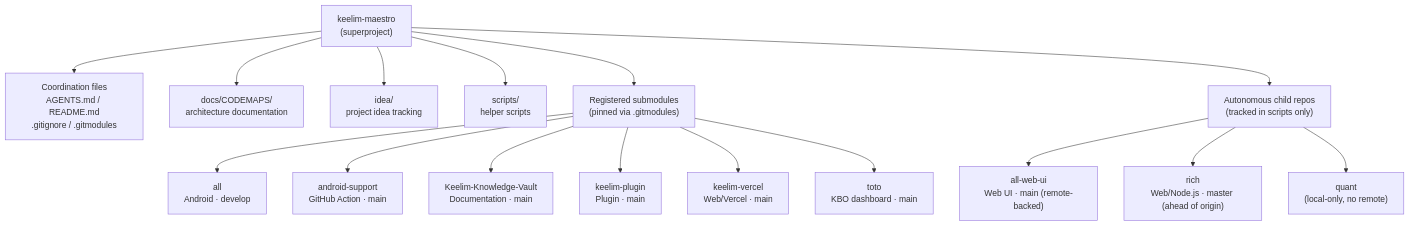
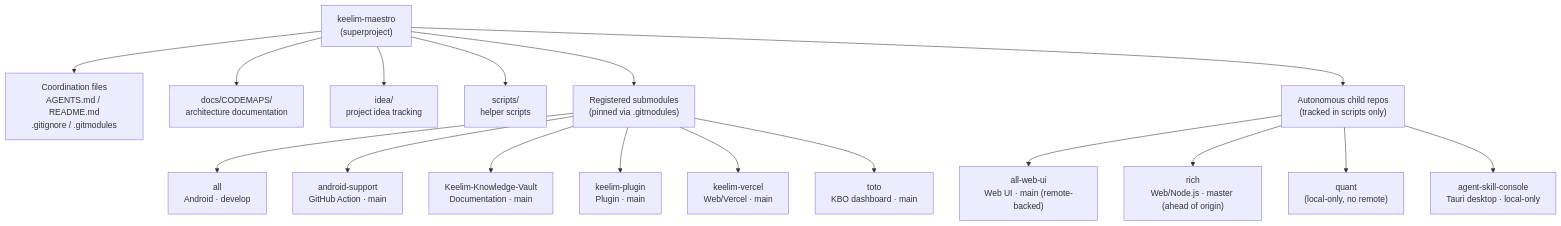
The diagram in docs/CODEMAPS/WORKSPACE.md (keelim/keelim-maestro), drawn with Mermaid before and after one commit. The commit also changed other lines of this file and 4 other files, not shown here.

````diff
--- a/docs/CODEMAPS/WORKSPACE.md
+++ b/docs/CODEMAPS/WORKSPACE.md
@@ -12,22 +12,23 @@
 ```mermaid
 flowchart TB
     root["keelim-maestro\n(superproject)"]
 
     root --> coord["Coordination files\nAGENTS.md / README.md\n.gitignore / .gitmodules"]
     root --> docs["docs/CODEMAPS/\narchitecture documentation"]
     root --> idea["idea/\nproject idea tracking"]
     root --> scripts["scripts/\nhelper scripts"]
     root --> submodules["Registered submodules\n(pinned via .gitmodules)"]
     root --> autonomous["Autonomous child repos\n(tracked in scripts only)"]
 
     submodules --> all["all\nAndroid · develop"]
     submodules --> android["android-support\nGitHub Action · main"]
     submodules --> vault["Keelim-Knowledge-Vault\nDocumentation · main"]
     submodules --> plugin["keelim-plugin\nPlugin · main"]
     submodules --> vercel["keelim-vercel\nWeb/Vercel · main"]
     submodules --> toto["toto\nKBO dashboard · main"]
 
     autonomous --> webui["all-web-ui\nWeb UI · main (remote-backed)"]
     autonomous --> rich["rich\nWeb/Node.js · master (ahead of origin)"]
     autonomous --> quant["quant\n(local-only, no remote)"]
+    autonomous --> console["agent-skill-console\nTauri desktop · local-only"]
 ```
````
